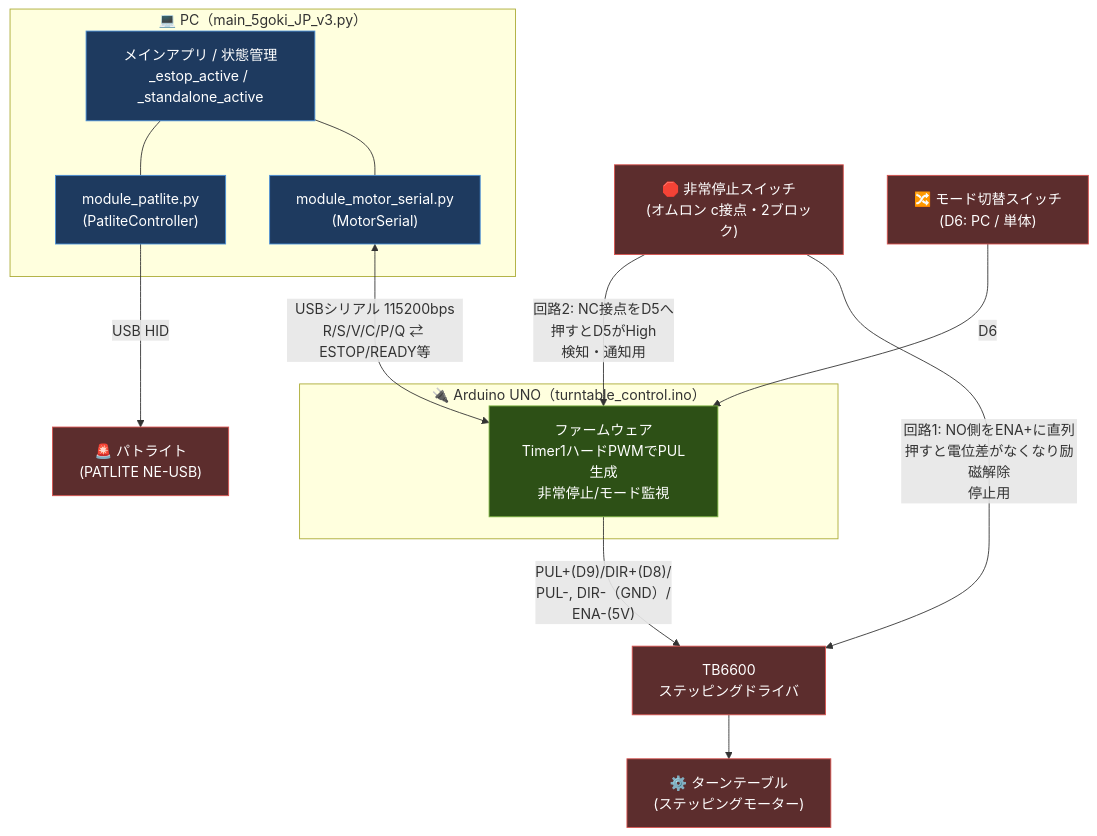
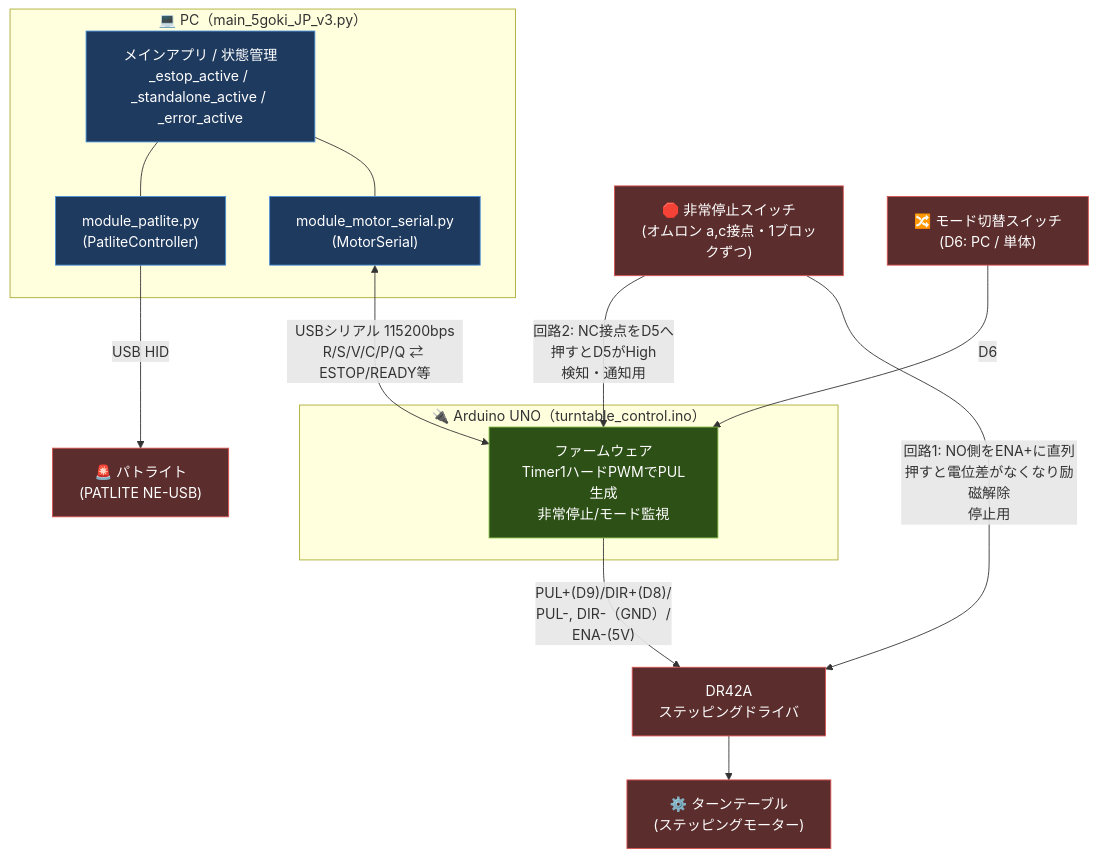
One commit to 58maruG/DCRsystem5goki_PC_app_raw changed the first of 3 diagrams in README.md. Above: the diagram before and after it, drawn with Mermaid. The commit also changed other lines of this file and 36 other files, not shown here.

````diff
--- a/README.md
+++ b/README.md
@@ -140,37 +68,37 @@
 ```mermaid
 graph TB
     subgraph PC["💻 PC（main_5goki_JP_v3.py）"]
-        MAIN["メインアプリ / 状態管理<br/>_estop_active / _standalone_active"]
+        MAIN["メインアプリ / 状態管理<br/>_estop_active / _standalone_active / _error_active"]
         MOTOR["module_motor_serial.py<br/>(MotorSerial)"]
         PAT["module_patlite.py<br/>(PatliteController)"]
         MAIN --- MOTOR
         MAIN --- PAT
     end
 
     subgraph ARD["🔌 Arduino UNO（turntable_control.ino）"]
         FW["ファームウェア<br/>Timer1ハードPWMでPUL生成<br/>非常停止/モード監視"]
     end
 
-    ESTOP["🛑 非常停止スイッチ<br/>(オムロン c接点・2ブロック)"]
+    ESTOP["🛑 非常停止スイッチ<br/>(オムロン a,c接点・1ブロックずつ)"]
     MODESW["🔀 モード切替スイッチ<br/>(D6: PC / 単体)"]
-    DRIVER["TB6600<br/>ステッピングドライバ"]
+    DRIVER["DR42A<br/>ステッピングドライバ"]
     TABLE["⚙️ ターンテーブル<br/>(ステッピングモーター)"]
     LIGHT["🚨 パトライト<br/>(PATLITE NE-USB)"]
 
     MOTOR <-->|"USBシリアル 115200bps<br/>R/S/V/C/P/Q ⇄ ESTOP/READY等"| FW
     PAT -->|"USB HID"| LIGHT
 
     FW -->|"PUL+(D9)/DIR+(D8)/<br/>PUL-, DIR-（GND）/<br/> ENA-(5V)"| DRIVER
     DRIVER --> TABLE
 
     ESTOP -->|"回路1: NO側をENA+に直列<br/>押すと電位差がなくなり励磁解除<br/>停止用"| DRIVER
     ESTOP -->|"回路2: NC接点をD5へ<br/>押すとD5がHigh<br/>検知・通知用"| FW
     MODESW -->|"D6"| FW
 
     classDef pc fill:#1e3a5f,stroke:#4a90d9,color:#fff
     classDef ard fill:#2d5016,stroke:#7cb342,color:#fff
     classDef hw fill:#5c2d2d,stroke:#d9534f,color:#fff
     class MAIN,MOTOR,PAT pc
     class FW ard
     class ESTOP,MODESW,DRIVER,TABLE,LIGHT hw
 ```
````
